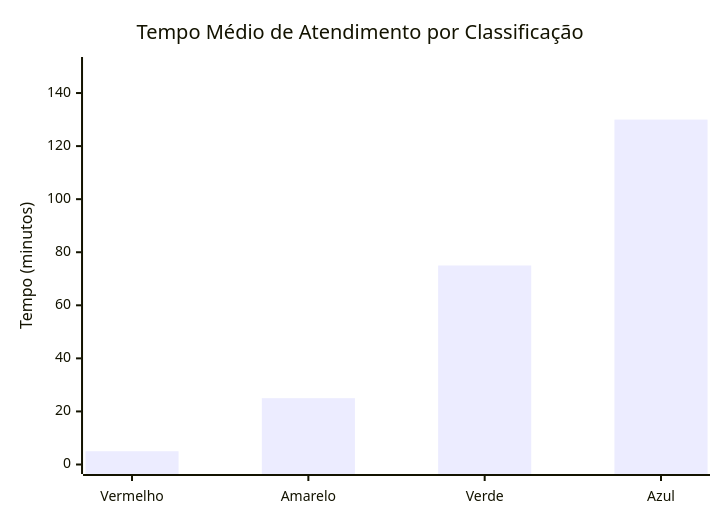
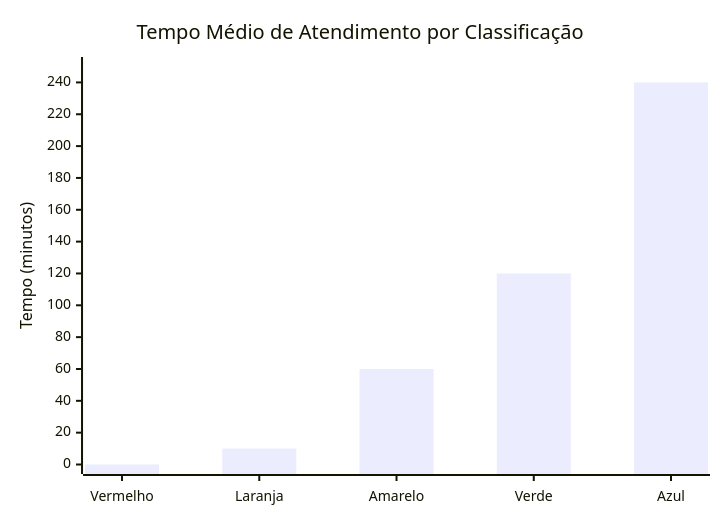
Before and after one commit to marcosferreira/prontoatendimento: diagram 11 of 12 in docs/requeriments/use-flow.md, drawn with Mermaid. The commit also changed other lines of this file and 18 other files, not shown here.

````diff
--- a/docs/requeriments/use-flow.md
+++ b/docs/requeriments/use-flow.md
@@ -529,7 +536,7 @@
 ```mermaid
 xychart-beta
     title "Tempo Médio de Atendimento por Classificação"
-    x-axis [Vermelho, Amarelo, Verde, Azul]
-    y-axis "Tempo (minutos)" 0 --> 150
-    bar [5, 25, 75, 130]
+    x-axis [Vermelho, Laranja, Amarelo, Verde, Azul]
+    y-axis "Tempo (minutos)" 0 --> 250
+    bar [0, 10, 60, 120, 240]
 ```
````
